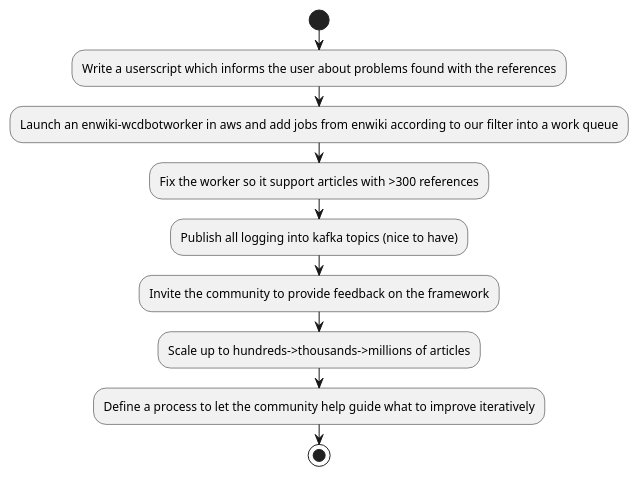
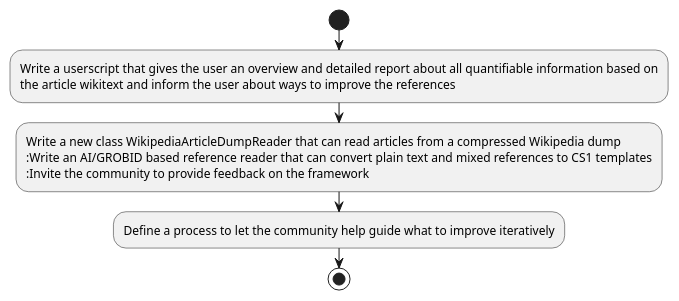
Before and after one commit to internetarchive/iari: the diagram in diagrams/roadmap.puml, drawn with PlantUML. The commit also changed 5 other files, not shown here.

Commit message:
README.md: Remove old diagrams roadmap.puml: Update to new design 2 modified 4 deleted

```diff
--- a/diagrams/roadmap.puml
+++ b/diagrams/roadmap.puml
@@ -1,14 +1,13 @@
 @startuml
 'https://plantuml.com/activity-diagram-beta
 
 start
-:Write a userscript which informs the user about problems found with the references;
-:Launch an enwiki-wcdbotworker in aws and add jobs from enwiki according to our filter into a work queue;
-:Fix the worker so it support articles with >300 references;
-:Publish all logging into kafka topics (nice to have);
+:Write a userscript that gives the user an overview and detailed report about all quantifiable information based on
+the article wikitext and inform the user about ways to improve the references;
+:Write a new class WikipediaArticleDumpReader that can read articles from a compressed Wikipedia dump
+:Write an AI/GROBID based reference reader that can convert plain text and mixed references to CS1 templates
 :Invite the community to provide feedback on the framework;
-:Scale up to hundreds->thousands->millions of articles;
 :Define a process to let the community help guide what to improve iteratively;
 stop
 
 @enduml
```
